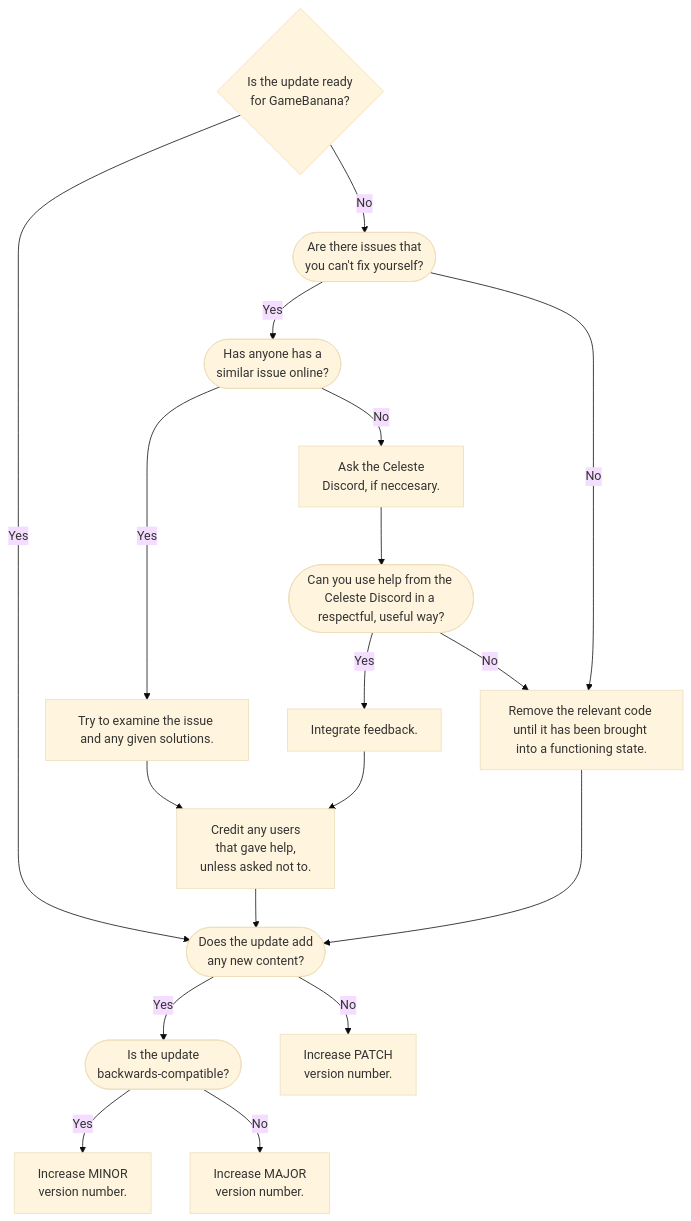
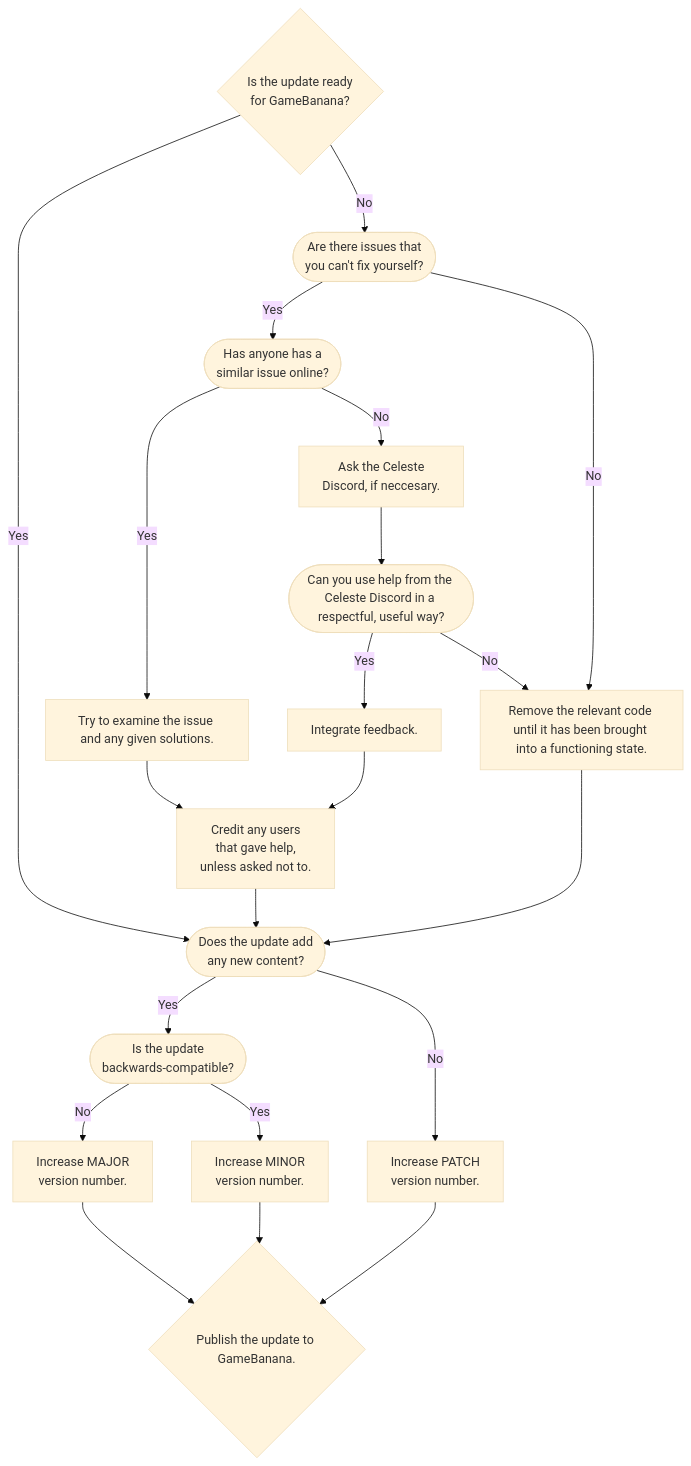
One commit to DatGuyAlex22/Follower-Addons-And-Such changed the diagram in README.md. Above: the diagram before and after it, drawn with Mermaid (base theme). The commit also changed other lines of this file and 2 other files, not shown here.

Commit message:
Updates for version 1.8.1.

````diff
--- a/README.md
+++ b/README.md
@@ -13,38 +13,44 @@
 ```mermaid
  flowchart TD
   Ready{Is the update ready\nfor GameBanana?}
 
   AddNew([Does the update add\nany new content?])
   MajorMinorUpdate([Is the update\nbackwards-compatible?])
   UpdatePatch[Increase PATCH\nversion number.]
   UpdateMinor[Increase MINOR\nversion number.]
   UpdateMajor[Increase MAJOR\nversion number.]
 
   FixSelf([Are there issues that\nyou can't fix yourself?])
   OnInternet([Has anyone has a\nsimilar issue online?])
   AskClord[Ask the Celeste\nDiscord, if neccesary.]
   ClordCourtesy([Can you use help from the Celeste Discord in a respectful, useful way?])
   IntegrateClord[Integrate feedback.]
   CreditClord[Credit any users\nthat gave help,\nunless asked not to.]
   ScrapIdeaNextUpdate[Remove the relevant code until it has been brought into a functioning state.]
   UseOnline[Try to examine the issue and any given solutions.]
 
+  PublishUpdate{Publish the update to GameBanana.}
+
   Ready -- Yes --> AddNew
   Ready -- No --> FixSelf
   AddNew -- Yes --> MajorMinorUpdate
   AddNew -- No --> UpdatePatch
+  MajorMinorUpdate -- No --> UpdateMajor
   MajorMinorUpdate -- Yes --> UpdateMinor
-  MajorMinorUpdate -- No --> UpdateMajor
 
   FixSelf -- Yes --> OnInternet
   FixSelf -- No --> ScrapIdeaNextUpdate
   OnInternet -- Yes --> UseOnline
   UseOnline --> CreditClord
   OnInternet -- No --> AskClord
   ScrapIdeaNextUpdate --> AddNew
   AskClord --> ClordCourtesy
   ClordCourtesy -- Yes --> IntegrateClord
   IntegrateClord --> CreditClord
   CreditClord --> AddNew
   ClordCourtesy -- No --> ScrapIdeaNextUpdate
+
+  UpdatePatch --> PublishUpdate
+  UpdateMinor --> PublishUpdate
+  UpdateMajor --> PublishUpdate
 ```
````
